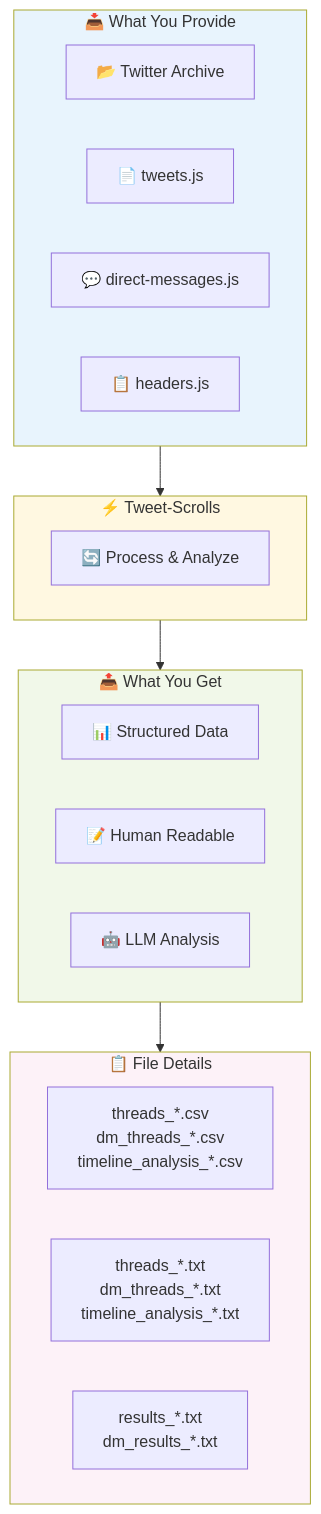
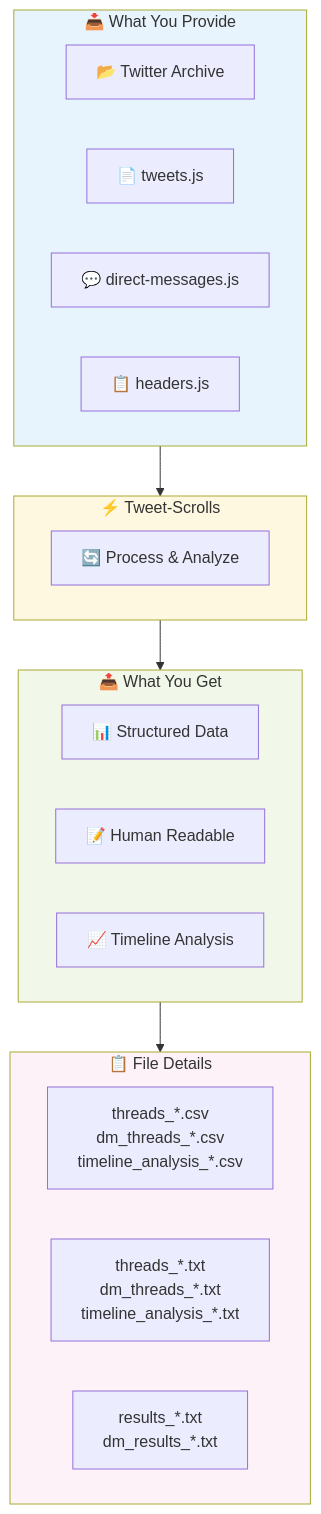
Before and after one commit to that-in-rust/tweet-scrolls: the first of 5 diagrams in ReadMe.md, drawn with Mermaid. The commit also changed other lines of this file and 1 other file, not shown here.

````diff
--- a/ReadMe.md
+++ b/ReadMe.md
@@ -8,36 +8,36 @@
 ```mermaid
 flowchart TD
     subgraph input ["📥 What You Provide"]
         A[📂 Twitter Archive]
         A1[📄 tweets.js]
         A2[💬 direct-messages.js]
         A3[📋 headers.js]
     end
     
     input --> process
     
     subgraph process ["⚡ Tweet-Scrolls"]
         P[🔄 Process & Analyze]
     end
     
     process --> output
     
     subgraph output ["📤 What You Get"]
         B[📊 Structured Data]
         B1[📝 Human Readable] 
-        B2[🤖 LLM Analysis]
+        B2[📈 Timeline Analysis]
     end
     
     output --> details
     
     subgraph details ["📋 File Details"]
         B3[threads_*.csv<br/>dm_threads_*.csv<br/>timeline_analysis_*.csv]
         B4[threads_*.txt<br/>dm_threads_*.txt<br/>timeline_analysis_*.txt]
         B5[results_*.txt<br/>dm_results_*.txt]
     end
     
     style input fill:#e8f4fd
     style process fill:#fff8e1
     style output fill:#f1f8e9
     style details fill:#fdf2f8
 ```
````
